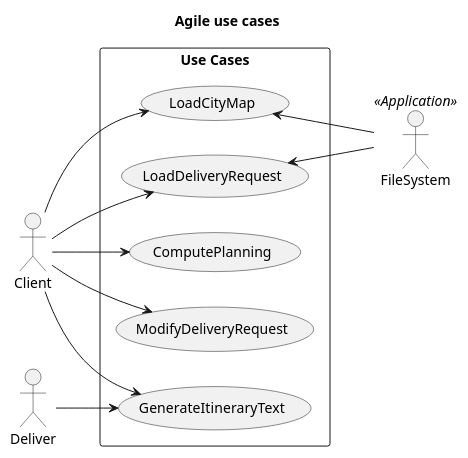
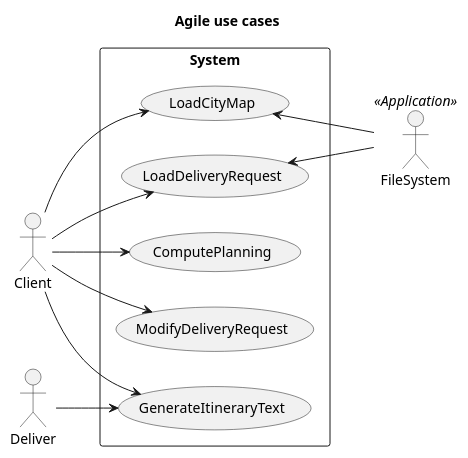
Before and after one commit to if-h4102/pld-agile: the diagram in docs/project/use-cases/UsesCases.puml, drawn with PlantUML. The commit also changed 1 other file, not shown here.

```diff
--- a/docs/project/use-cases/UsesCases.puml
+++ b/docs/project/use-cases/UsesCases.puml
@@ -1,29 +1,29 @@
 @startuml
 
 title Agile use cases
 
-rectangle "Use Cases" {
+rectangle "System" {
     usecase LoadCityMap
     usecase LoadDeliveryRequest
     usecase ComputePlanning
     usecase ModifyDeliveryRequest
     usecase GenerateItineraryText
 }
 
 actor Client
 actor Deliver
 actor FileSystem <<Application>>
 
 
 left to right direction
 Client --> LoadCityMap
 Client --> LoadDeliveryRequest
 Client --> ComputePlanning
 Client --> ModifyDeliveryRequest
 Client --> GenerateItineraryText
 
 Deliver --> GenerateItineraryText
 
 LoadCityMap <-- FileSystem
 LoadDeliveryRequest <-- FileSystem
 @enduml
```
